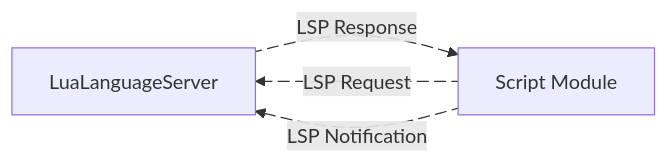
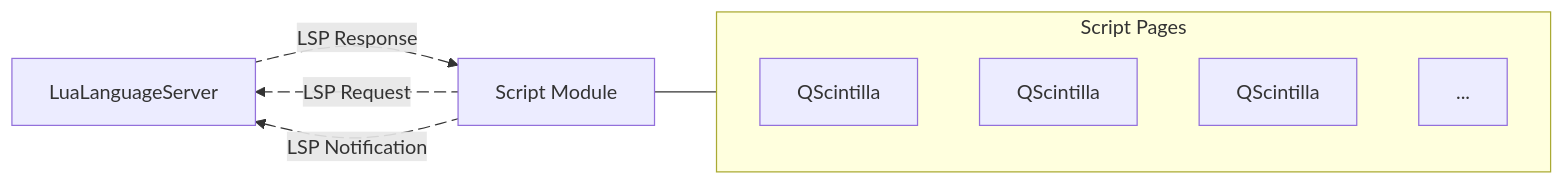
One commit to zyt20001205/UniComm2 changed the second of 2 diagrams in readme.md. Above: the diagram before and after it, drawn with Mermaid.

Commit message:
final testing: minor fix

````diff
--- a/readme.md
+++ b/readme.md
@@ -135,11 +135,18 @@
 ```mermaid
 flowchart LR
     luaLanguageServer[LuaLanguageServer]
     scriptModule[Script Module]
+    subgraph scriptPages[Script Pages]
+        qScintilla1[QScintilla]
+        qScintilla2[QScintilla]
+        qScintilla3[QScintilla]
+        qScintilla4[...]
+    end
     luaLanguageServer e1@-->|LSP Response| scriptModule
     scriptModule e2@-->|LSP Request| luaLanguageServer
     scriptModule e3@-->|LSP Notification| luaLanguageServer
+    scriptModule --- scriptPages
     e1@{ animate: true }
     e2@{ animate: true }
     e3@{ animate: true }
 ```
````
